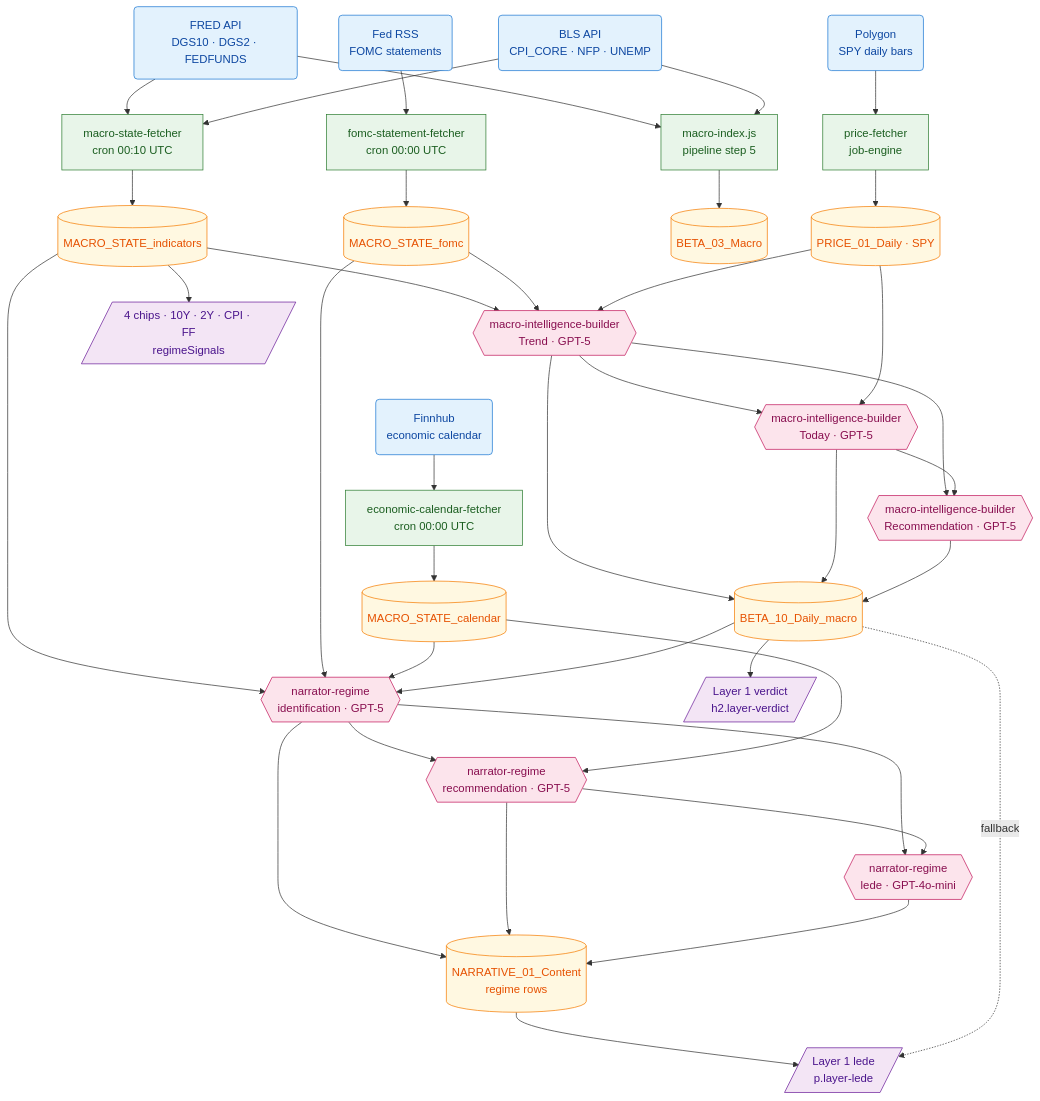
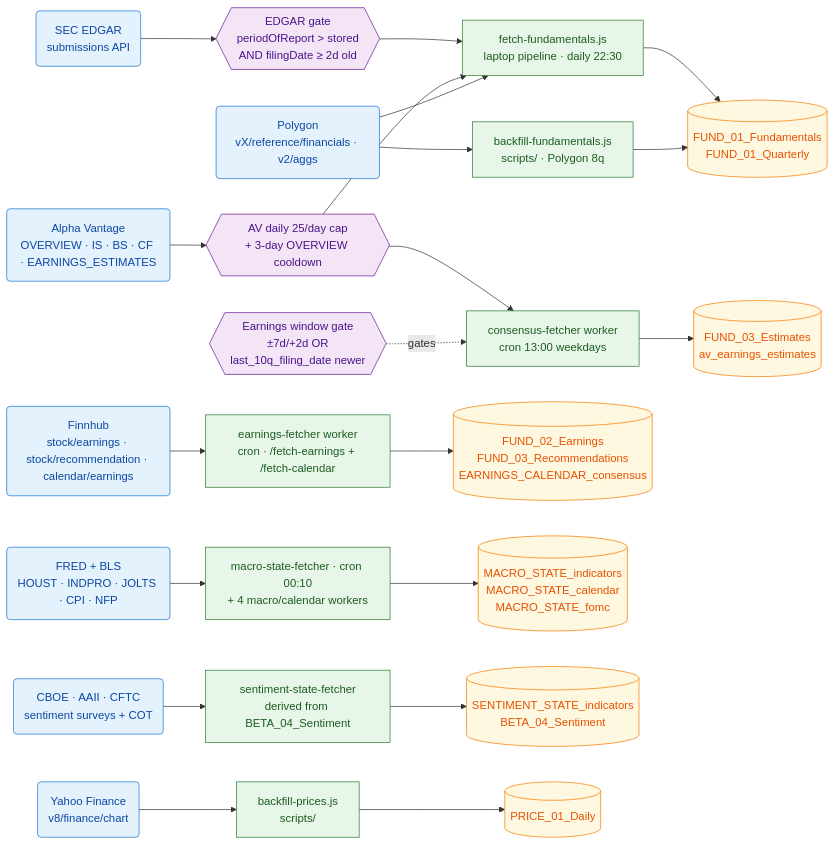
The second of 6 diagrams in docs/SYSTEM_REFERENCE.md (grodcas/Hedge-Portfolio), drawn with Mermaid before and after one commit. The commit also changed other lines of this file and 29 other files, not shown here.

````diff
--- a/docs/SYSTEM_REFERENCE.md
+++ b/docs/SYSTEM_REFERENCE.md
@@ -108,83 +82,48 @@
 ```mermaid
-flowchart TD
-    R1(FRED API<br/>DGS10 · DGS2 · FEDFUNDS):::src
-    R2(BLS API<br/>CPI_CORE · NFP · UNEMP):::src
-    R3(Fed RSS<br/>FOMC statements):::src
-    R4(Finnhub<br/>economic calendar):::src
-    R5(Polygon<br/>SPY daily bars):::src
+flowchart LR
+    R1(SEC EDGAR<br/>submissions API):::src
+    R2(Alpha Vantage<br/>OVERVIEW · IS · BS · CF · EARNINGS_ESTIMATES):::src
+    R3(Polygon<br/>vX/reference/financials · v2/aggs):::src
+    R4(Finnhub<br/>stock/earnings · stock/recommendation · calendar/earnings):::src
+    R5(FRED + BLS<br/>HOUST · INDPRO · JOLTS · CPI · NFP):::src
+    R6(Yahoo Finance<br/>v8/finance/chart):::src
+    R7(CBOE · AAII · CFTC<br/>sentiment surveys + COT):::src
 
-    C1[macro-state-fetcher<br/>cron 00:10 UTC]:::code
-    C2[fomc-statement-fetcher<br/>cron 00:00 UTC]:::code
-    C3[economic-calendar-fetcher<br/>cron 00:00 UTC]:::code
-    C4[price-fetcher<br/>job-engine]:::code
-    C5[macro-index.js<br/>pipeline step 5]:::code
+    C1[fetch-fundamentals.js<br/>laptop pipeline · daily 22:30]:::code
+    C2[consensus-fetcher worker<br/>cron 13:00 weekdays]:::code
+    C3[earnings-fetcher worker<br/>cron · /fetch-earnings + /fetch-calendar]:::code
+    C4[macro-state-fetcher · cron 00:10<br/>+ 4 macro/calendar workers]:::code
+    C5[sentiment-state-fetcher<br/>derived from BETA_04_Sentiment]:::code
+    C6[backfill-prices.js<br/>scripts/]:::code
+    C7[backfill-fundamentals.js<br/>scripts/ · Polygon 8q]:::code
 
-    T1[(MACRO_STATE_indicators)]:::db
-    T2[(MACRO_STATE_fomc)]:::db
-    T3[(MACRO_STATE_calendar)]:::db
-    T4[(BETA_03_Macro)]:::db
-    T5[(PRICE_01_Daily · SPY)]:::db
+    G1{{EDGAR gate<br/>periodOfReport > stored<br/>AND filingDate ≥ 2d old}}:::gate
+    G2{{AV daily 25/day cap<br/>+ 3-day OVERVIEW cooldown}}:::gate
+    G3{{Earnings window gate<br/>±7d/+2d OR<br/>last_10q_filing_date newer}}:::gate
 
-    A1{{macro-intelligence-builder<br/>Trend · GPT-5}}:::agentLLM
-    A2{{macro-intelligence-builder<br/>Today · GPT-5}}:::agentLLM
-    A3{{macro-intelligence-builder<br/>Recommendation · GPT-5}}:::agentLLM
-    A4{{narrator-regime<br/>identification · GPT-5}}:::agentLLM
-    A5{{narrator-regime<br/>recommendation · GPT-5}}:::agentLLM
-    A6{{narrator-regime<br/>lede · GPT-4o-mini}}:::agentLLM
-
-    T6[(BETA_10_Daily_macro)]:::db
-    T7[(NARRATIVE_01_Content<br/>regime rows)]:::db
-
-    D1[/Layer 1 verdict<br/>h2.layer-verdict/]:::ui
-    D2[/Layer 1 lede<br/>p.layer-lede/]:::ui
-    D3[/4 chips · 10Y · 2Y · CPI · FF<br/>regimeSignals/]:::ui
-
-    R1 --> C1
-    R2 --> C1
-    R3 --> C2
+    R1 --> G1 --> C1
+    R2 --> G2
+    G2 --> C1
+    G2 --> C2
+    R3 --> C7
+    R3 --> C1
     R4 --> C3
     R5 --> C4
-    R1 --> C5
-    R2 --> C5
+    R6 --> C6
+    R7 --> C5
 
-    C1 --> T1
-    C2 --> T2
-    C3 --> T3
-    C4 --> T5
-    C5 --> T4
+    G3 -.->|gates| C2
 
-    T1 --> A1
-    T2 --> A1
-    T5 --> A1
-    A1 --> A2
-    T5 --> A2
-    A1 --> A3
-    A2 --> A3
-    A1 --> T6
-    A2 --> T6
-    A3 --> T6
-
-    T1 --> A4
-    T2 --> A4
-    T3 --> A4
-    T6 --> A4
-    A4 --> A5
-    T3 --> A5
-    A4 --> A6
-    A5 --> A6
-    A4 --> T7
-    A5 --> T7
-    A6 --> T7
-
-    T6 --> D1
-    T7 --> D2
-    T6 -.fallback.-> D2
-    T1 --> D3
+    C1 --> T1[(FUND_01_Fundamentals<br/>FUND_01_Quarterly)]:::db
+    C2 --> T2[(FUND_03_Estimates<br/>av_earnings_estimates)]:::db
+    C3 --> T3[(FUND_02_Earnings<br/>FUND_03_Recommendations<br/>EARNINGS_CALENDAR_consensus)]:::db
+    C4 --> T4[(MACRO_STATE_indicators<br/>MACRO_STATE_calendar<br/>MACRO_STATE_fomc)]:::db
+    C5 --> T5[(SENTIMENT_STATE_indicators<br/>BETA_04_Sentiment)]:::db
+    C6 --> T6[(PRICE_01_Daily)]:::db
+    C7 --> T1
 
     classDef src fill:#e3f2fd,stroke:#1976d2,color:#0d47a1
     classDef code fill:#e8f5e9,stroke:#2e7d32,color:#1b5e20
     classDef db fill:#fff8e1,stroke:#f57c00,color:#e65100
-    classDef agentLLM fill:#fce4ec,stroke:#c2185b,color:#880e4f
-    classDef agentDet fill:#f5f5f5,stroke:#616161,color:#212121
-    classDef ui fill:#f3e5f5,stroke:#6a1b9a,color:#4a148c
+    classDef gate fill:#f3e5f5,stroke:#6a1b9a,color:#4a148c
 ```
````
